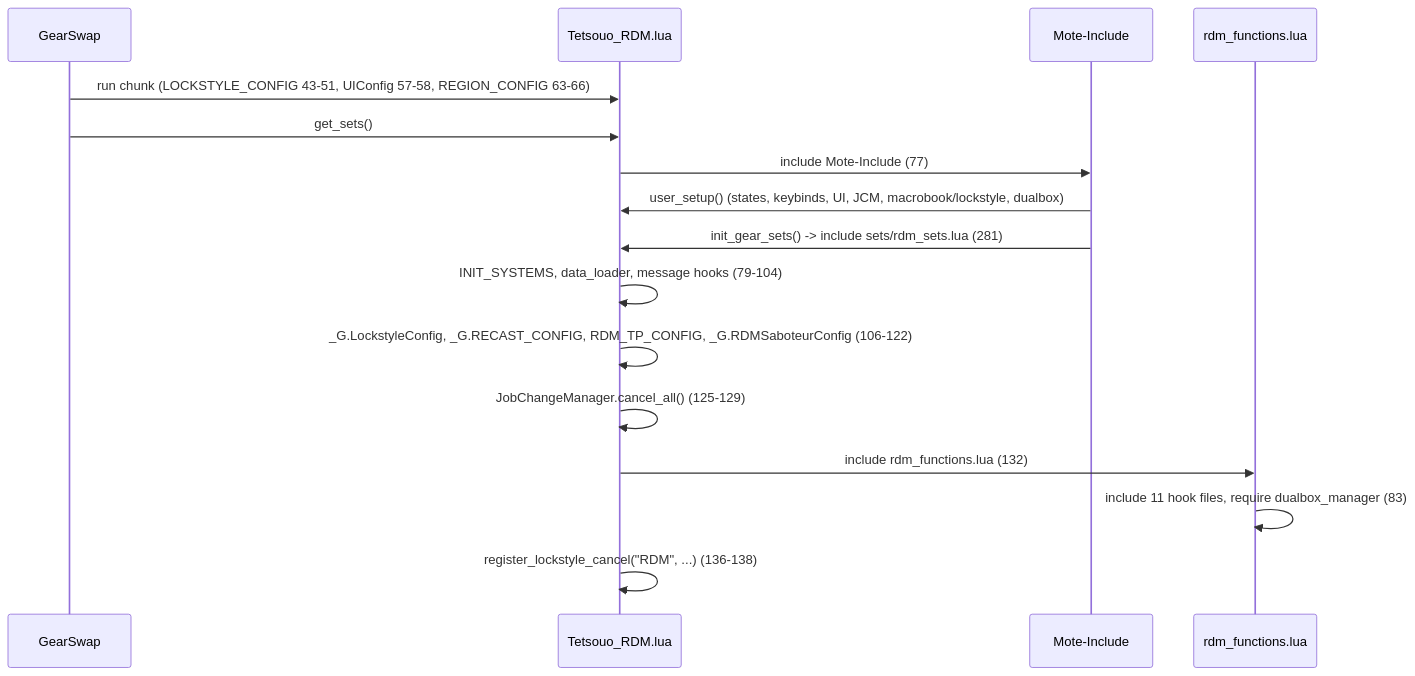
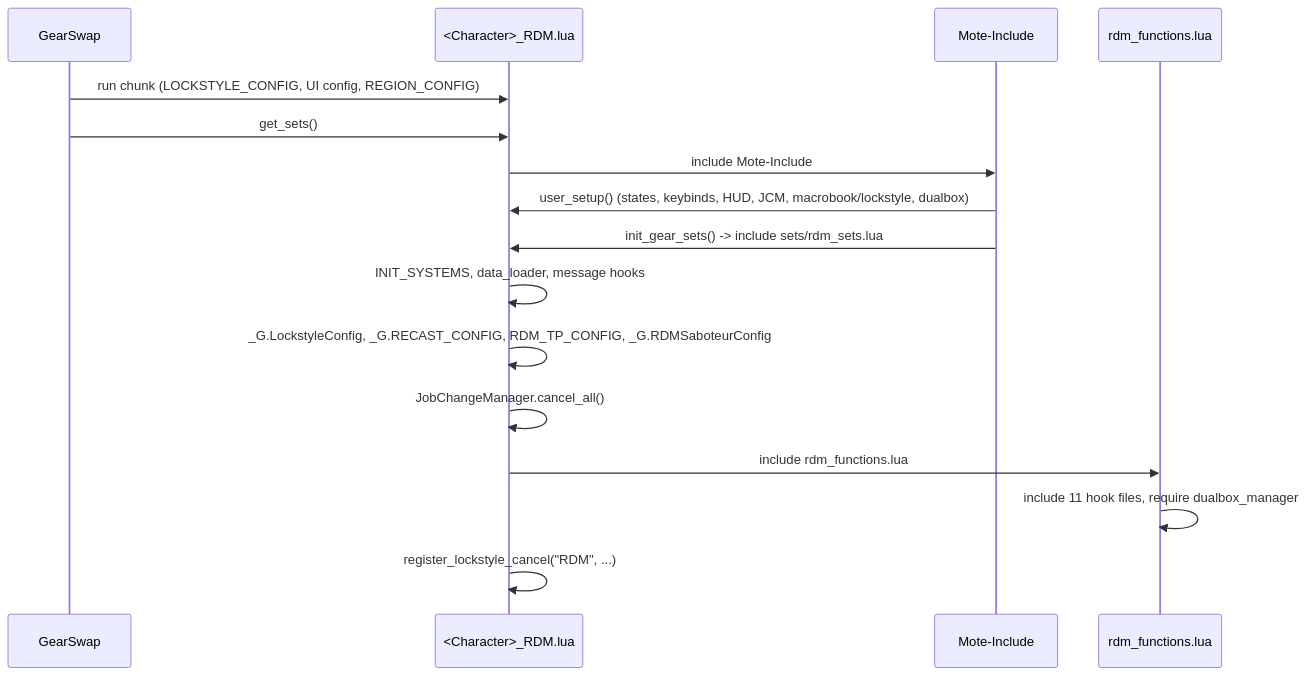
The first of 2 diagrams in docs/dev/jobs/rdm.md (ejouanchicot/Gearswap), drawn with Mermaid before and after one commit. The commit also changed other lines of this file and 8 other files, not shown here.

Commit message:
docs(rdm,whm,blu): player hubs, states checked, dev pages refreshed

````diff
--- a/docs/dev/jobs/rdm.md
+++ b/docs/dev/jobs/rdm.md
@@ -96,18 +96,18 @@
 ```mermaid
 sequenceDiagram
     participant GS as GearSwap
-    participant E as Tetsouo_RDM.lua
+    participant E as <Character>_RDM.lua
     participant M as Mote-Include
     participant F as rdm_functions.lua
-    GS->>E: run chunk (LOCKSTYLE_CONFIG 43-51, UIConfig 57-58, REGION_CONFIG 63-66)
+    GS->>E: run chunk (LOCKSTYLE_CONFIG, UI config, REGION_CONFIG)
     GS->>E: get_sets()
-    E->>M: include Mote-Include (77)
-    M->>E: user_setup() (states, keybinds, UI, JCM, macrobook/lockstyle, dualbox)
-    M->>E: init_gear_sets() -> include sets/rdm_sets.lua (281)
-    E->>E: INIT_SYSTEMS, data_loader, message hooks (79-104)
-    E->>E: _G.LockstyleConfig, _G.RECAST_CONFIG, RDM_TP_CONFIG, _G.RDMSaboteurConfig (106-122)
-    E->>E: JobChangeManager.cancel_all() (125-129)
-    E->>F: include rdm_functions.lua (132)
-    F->>F: include 11 hook files, require dualbox_manager (83)
-    E->>E: register_lockstyle_cancel("RDM", ...) (136-138)
+    E->>M: include Mote-Include
+    M->>E: user_setup() (states, keybinds, HUD, JCM, macrobook/lockstyle, dualbox)
+    M->>E: init_gear_sets() -> include sets/rdm_sets.lua
+    E->>E: INIT_SYSTEMS, data_loader, message hooks
+    E->>E: _G.LockstyleConfig, _G.RECAST_CONFIG, RDM_TP_CONFIG, _G.RDMSaboteurConfig
+    E->>E: JobChangeManager.cancel_all()
+    E->>F: include rdm_functions.lua
+    F->>F: include 11 hook files, require dualbox_manager
+    E->>E: register_lockstyle_cancel("RDM", ...)
 ```
````
